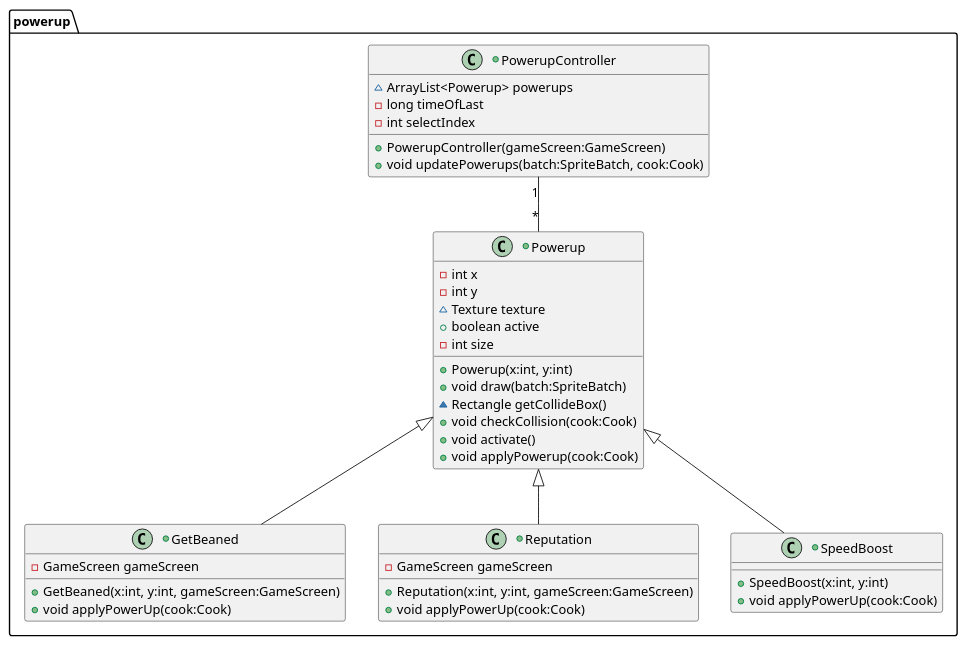
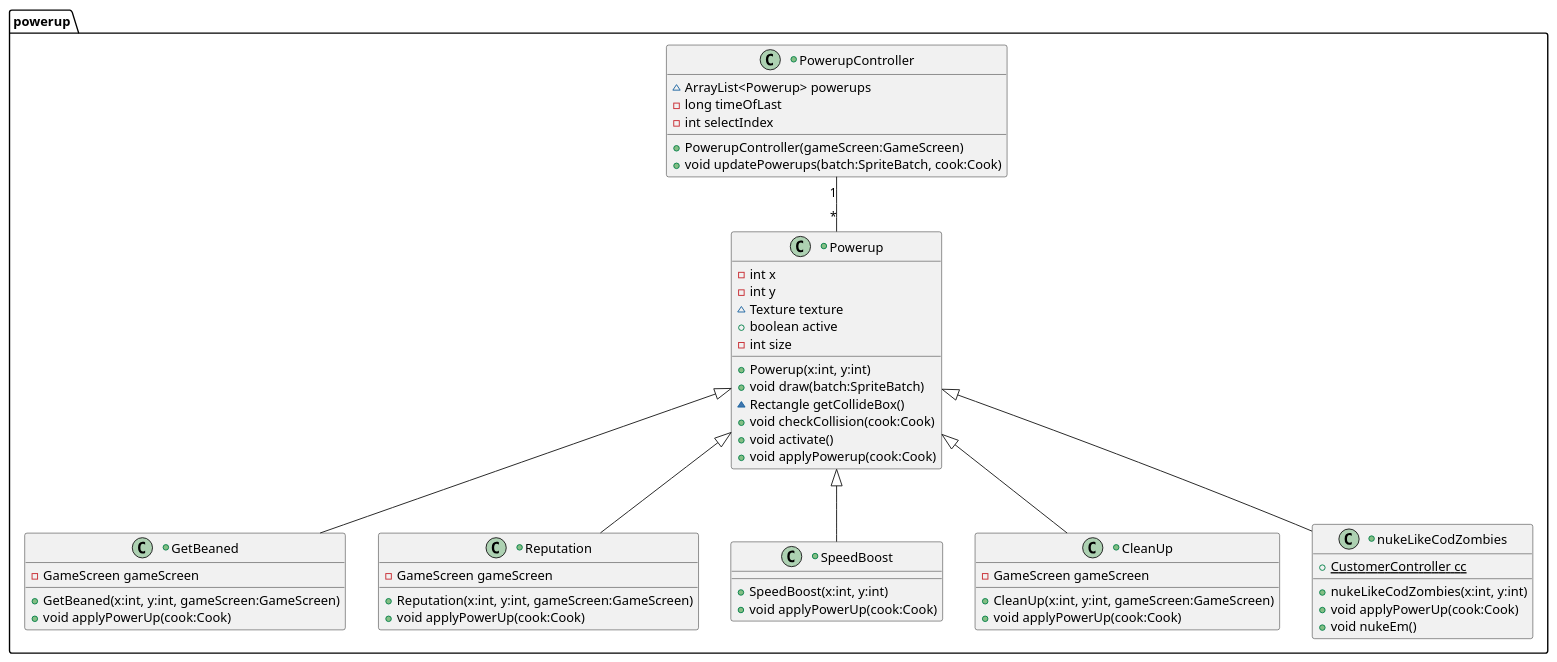
Before and after one commit to decassociation/project_eng1_team3: the diagram in UMLDiagrams/powerup_package.puml, drawn with PlantUML. The commit also changed 2 other files, not shown here.

Commit message:
Updated some class diagrams

```diff
--- a/UMLDiagrams/powerup_package.puml
+++ b/UMLDiagrams/powerup_package.puml
@@ -1,49 +1,61 @@
 @startuml
 'https://plantuml.com/class-diagram
 
 package "powerup"{
 
 PowerupController "1" -- "*" Powerup
 
 +class GetBeaned extends Powerup{
 -GameScreen gameScreen
 +GetBeaned(x:int, y:int, gameScreen:GameScreen)
 +void applyPowerUp(cook:Cook)
 }
 
 +class Powerup{
 -int x
 -int y
 ~Texture texture
 +boolean active
 -int size
 +Powerup(x:int, y:int)
 +void draw(batch:SpriteBatch)
 ~Rectangle getCollideBox()
 +void checkCollision(cook:Cook)
 +void activate()
 +void applyPowerup(cook:Cook)
 }
 
 +class PowerupController{
 ~ArrayList<Powerup> powerups
 -long timeOfLast
 -int selectIndex
 +PowerupController(gameScreen:GameScreen)
 +void updatePowerups(batch:SpriteBatch, cook:Cook)
 }
 
 +class Reputation extends Powerup{
 -GameScreen gameScreen
 +Reputation(x:int, y:int, gameScreen:GameScreen)
 +void applyPowerUp(cook:Cook)
 }
 
 +class SpeedBoost extends Powerup{
 +SpeedBoost(x:int, y:int)
 +void applyPowerUp(cook:Cook)
 }
 
++class CleanUp extends Powerup{
+-GameScreen gameScreen
++CleanUp(x:int, y:int, gameScreen:GameScreen)
++void applyPowerUp(cook:Cook)
 }
 
++class nukeLikeCodZombies extends Powerup{
++{static} CustomerController cc
++nukeLikeCodZombies(x:int, y:int)
++void applyPowerUp(cook:Cook)
++void nukeEm()
+}
+
+}
 @enduml
```
